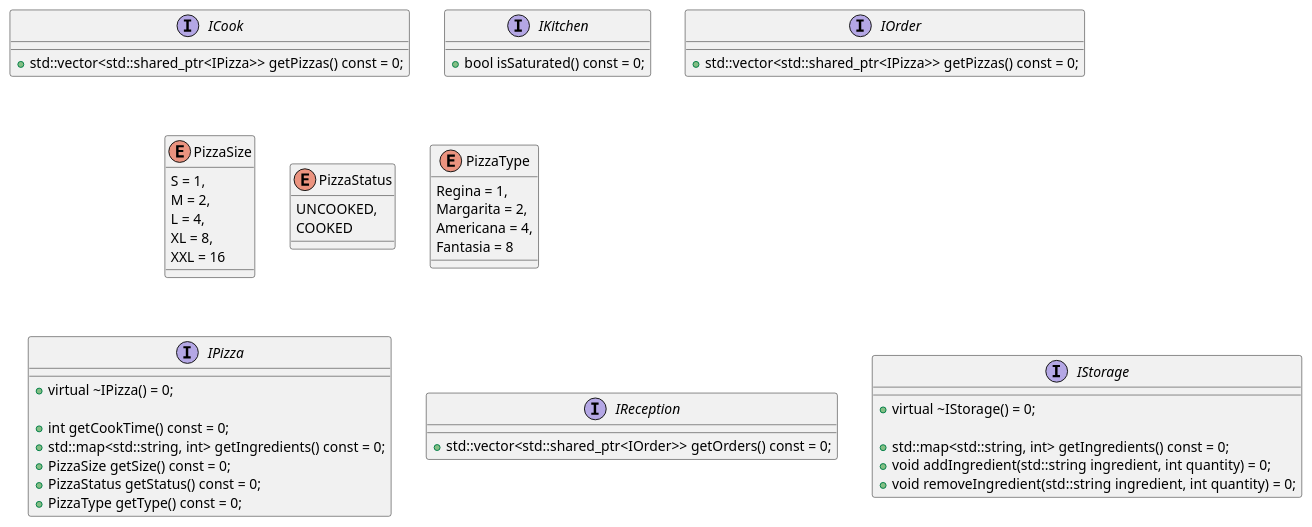
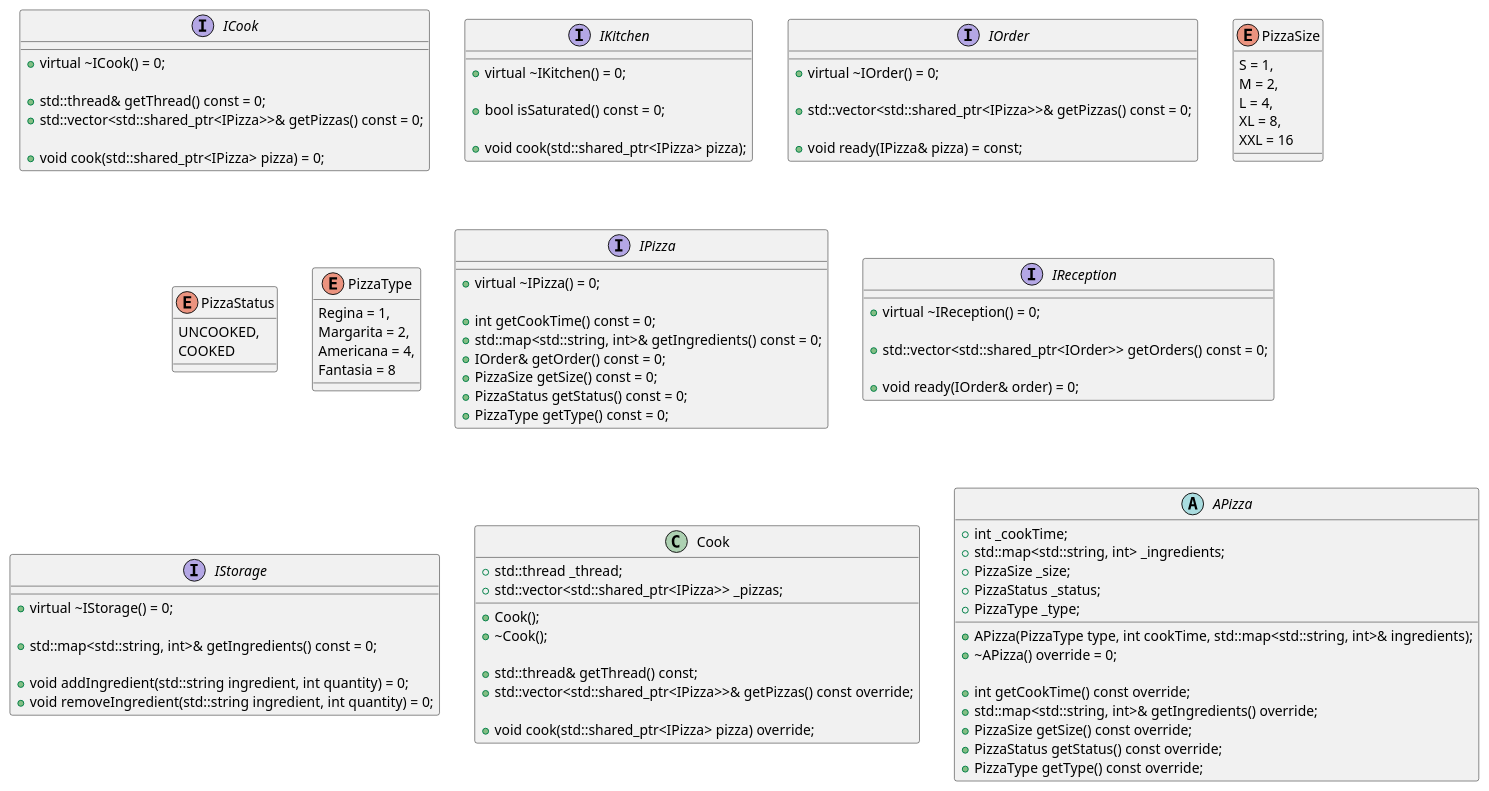
One commit to Madfish5415/CCP_plazza_2019 changed the diagram in uml/classes.puml. Above: the diagram before and after it, drawn with PlantUML.

Commit message:
Update WIP classes UML

```diff
--- a/uml/classes.puml
+++ b/uml/classes.puml
@@ -1,57 +1,106 @@
 @startuml
 
 interface ICook {
-    + std::vector<std::shared_ptr<IPizza>> getPizzas() const = 0;
+    + virtual ~ICook() = 0;
+
+    + std::thread& getThread() const = 0;
+    + std::vector<std::shared_ptr<IPizza>>& getPizzas() const = 0;
+
+    + void cook(std::shared_ptr<IPizza> pizza) = 0;
 }
 
 interface IKitchen {
+    + virtual ~IKitchen() = 0;
+
     + bool isSaturated() const = 0;
+
+    + void cook(std::shared_ptr<IPizza> pizza);
 }
 
 interface IOrder {
-    + std::vector<std::shared_ptr<IPizza>> getPizzas() const = 0;
+    + virtual ~IOrder() = 0;
+
+    + std::vector<std::shared_ptr<IPizza>>& getPizzas() const = 0;
+
+    + void ready(IPizza& pizza) = const;
 }
 
 enum PizzaSize {
     S = 1,
     M = 2,
     L = 4,
     XL = 8,
     XXL = 16
 }
 
 enum PizzaStatus {
     UNCOOKED,
     COOKED
 }
 
 enum PizzaType {
     Regina = 1,
     Margarita = 2,
     Americana = 4,
     Fantasia = 8
 }
 
 interface IPizza {
     + virtual ~IPizza() = 0;
 
     + int getCookTime() const = 0;
-    + std::map<std::string, int> getIngredients() const = 0;
+    + std::map<std::string, int>& getIngredients() const = 0;
+    + IOrder& getOrder() const = 0;
     + PizzaSize getSize() const = 0;
     + PizzaStatus getStatus() const = 0;
     + PizzaType getType() const = 0;
 }
 
 interface IReception {
+    + virtual ~IReception() = 0;
+
     + std::vector<std::shared_ptr<IOrder>> getOrders() const = 0;
+
+    + void ready(IOrder& order) = 0;
 }
 
 interface IStorage {
     + virtual ~IStorage() = 0;
 
-    + std::map<std::string, int> getIngredients() const = 0;
+    + std::map<std::string, int>& getIngredients() const = 0;
+
     + void addIngredient(std::string ingredient, int quantity) = 0;
     + void removeIngredient(std::string ingredient, int quantity) = 0;
 }
 
+class Cook {
+    + std::thread _thread;
+    + std::vector<std::shared_ptr<IPizza>> _pizzas;
+
+    + Cook();
+    + ~Cook();
+
+    + std::thread& getThread() const;
+    + std::vector<std::shared_ptr<IPizza>>& getPizzas() const override;
+
+    + void cook(std::shared_ptr<IPizza> pizza) override;
+}
+
+abstract APizza {
+    + int _cookTime;
+    + std::map<std::string, int> _ingredients;
+    + PizzaSize _size;
+    + PizzaStatus _status;
+    + PizzaType _type;
+
+    + APizza(PizzaType type, int cookTime, std::map<std::string, int>& ingredients);
+    + ~APizza() override = 0;
+
+    + int getCookTime() const override;
+    + std::map<std::string, int>& getIngredients() override;
+    + PizzaSize getSize() const override;
+    + PizzaStatus getStatus() const override;
+    + PizzaType getType() const override;
+}
+
 @enduml
```
